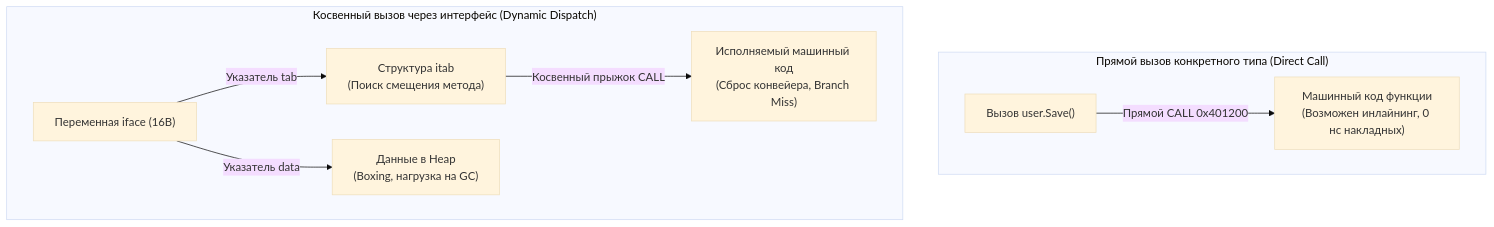
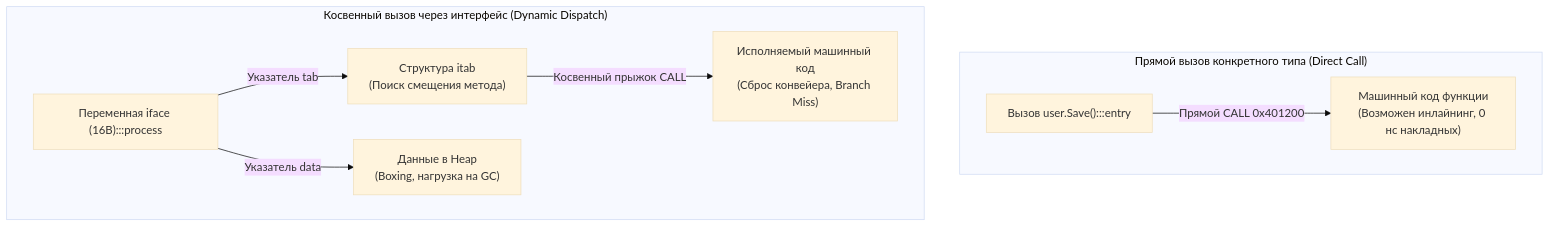
One commit to UnrealTemplier/go-textbook changed the diagram in sources/16. Профилирование, отладка и производительность/09. Практические оптимизации/7. Удаление лишних абстракций.md. Above: the diagram before and after it, drawn with Mermaid (base theme). The commit also changed 1666 other files, not shown here.

First line of the commit message:
feat(mermaid): add semantic color classDef to 1369 colorless flowchart/graph diagrams

````diff
--- a/sources/16. Профилирование, отладка и производительность/09. Практические оптимизации/7. Удаление лишних абстракций.md
+++ b/sources/16. Профилирование, отладка и производительность/09. Практические оптимизации/7. Удаление лишних абстракций.md
@@ -28,12 +28,22 @@
 ```mermaid
 flowchart TD
+    classDef process  fill:#1e293b,stroke:#38bdf8,stroke-width:1px,color:#f8fafc
+    classDef success  fill:#064e3b,stroke:#34d399,stroke-width:1px,color:#f8fafc
+    classDef error    fill:#7f1d1d,stroke:#f87171,stroke-width:1px,color:#f8fafc
+    classDef warning  fill:#78350f,stroke:#fbbf24,stroke-width:1px,color:#f8fafc
+    classDef entry    fill:#1e3a5f,stroke:#38bdf8,stroke-width:2px,color:#f8fafc
+    classDef aux      fill:#334155,stroke:#64748b,stroke-width:1px,color:#f8fafc
+    classDef system   fill:#312e81,stroke:#a78bfa,stroke-width:1px,color:#f8fafc
+    classDef data     fill:#132d29,stroke:#2dd4bf,stroke-width:1px,color:#f8fafc
+    classDef network  fill:#881337,stroke:#fb7185,stroke-width:1px,color:#f8fafc
+    classDef accent   fill:#1e1b4b,stroke:#818cf8,stroke-width:1px,color:#f8fafc
     subgraph DirectCall ["Прямой вызов конкретного типа (Direct Call)"]
-        D1["Вызов user.Save()"] -->|Прямой CALL 0x401200| D2["Машинный код функции<br/>(Возможен инлайнинг, 0 нс накладных)"]
+        D1["Вызов user.Save():::entry"] -->|Прямой CALL 0x401200| D2["Машинный код функции<br/>(Возможен инлайнинг, 0 нс накладных)"]
     end
 
     subgraph IndirectCall ["Косвенный вызов через интерфейс (Dynamic Dispatch)"]
-        I1["Переменная iface (16B)"] -->|Указатель tab| I2["Структура itab<br/>(Поиск смещения метода)"]
+        I1["Переменная iface (16B):::process"] -->|Указатель tab| I2["Структура itab<br/>(Поиск смещения метода)"]
         I1 -->|Указатель data| I3["Данные в Heap<br/>(Boxing, нагрузка на GC)"]
         I2 -->|Косвенный прыжок CALL| I4["Исполняемый машинный код<br/>(Сброс конвейера, Branch Miss)"]
     end
 ```
````
